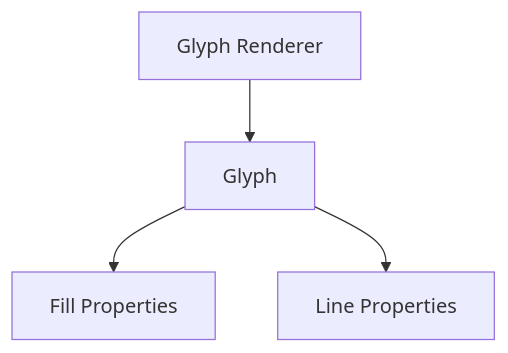
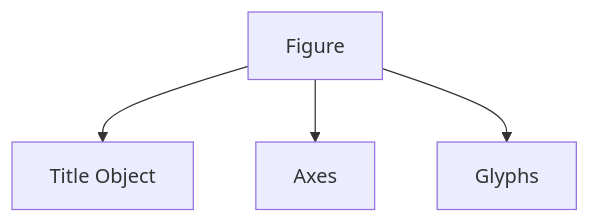
Before and after one commit to Balasubramanian-pg/MSC.-Data-Science-AI: the diagram in Trimester 1/Data Visualization & Storytelling/W10 - Module 4c. Python Bokeh package/L29/Decorating the Visuals/Internal Structure.md, drawn with Mermaid. The commit also changed other lines of this file, not shown here.

Commit message:
Add split section: Internal Structure

````diff
--- a/Trimester 1/Data Visualization & Storytelling/W10 - Module 4c. Python Bokeh package/L29/Decorating the Visuals/Internal Structure.md
+++ b/Trimester 1/Data Visualization & Storytelling/W10 - Module 4c. Python Bokeh package/L29/Decorating the Visuals/Internal Structure.md
@@ -5,7 +3,7 @@
 ```mermaid
 flowchart TD
-    A[Glyph Renderer]
-    A --> B[Glyph]
-    B --> C[Fill Properties]
-    B --> D[Line Properties]
+    A[Figure]
+    A --> B[Title Object]
+    A --> C[Axes]
+    A --> D[Glyphs]
 ```
````
